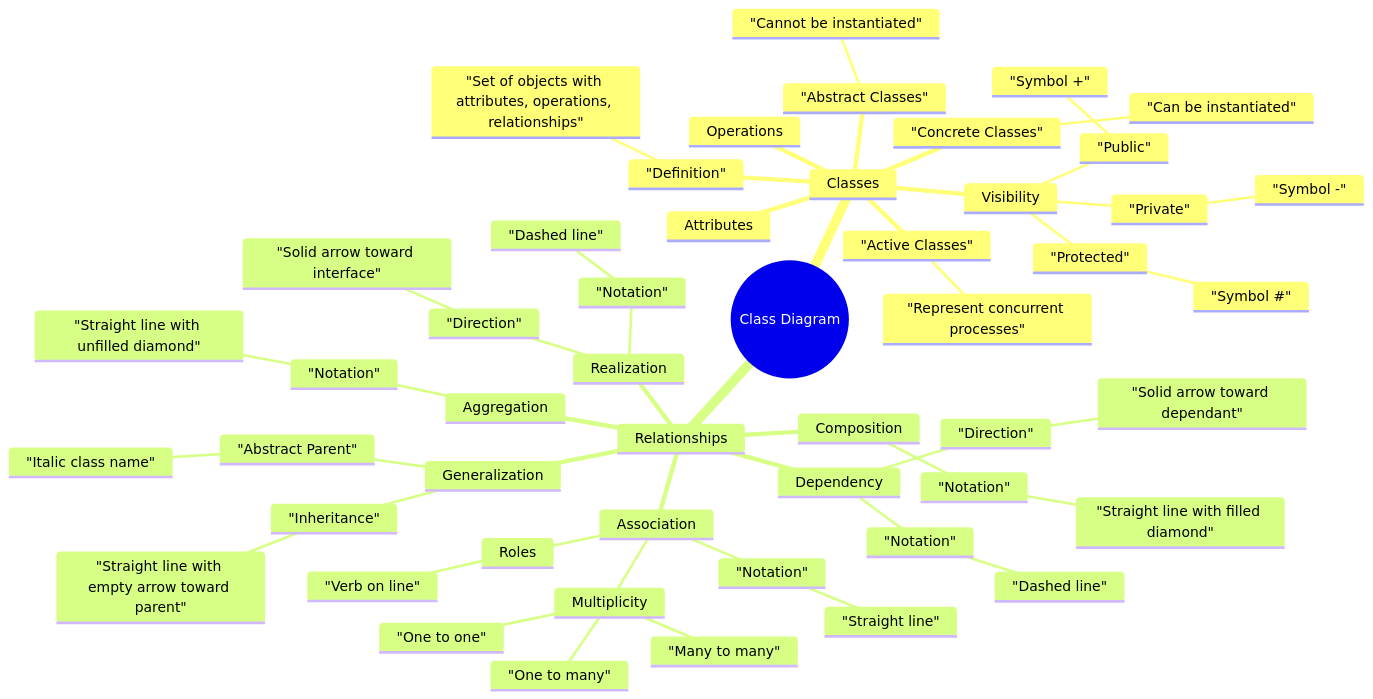
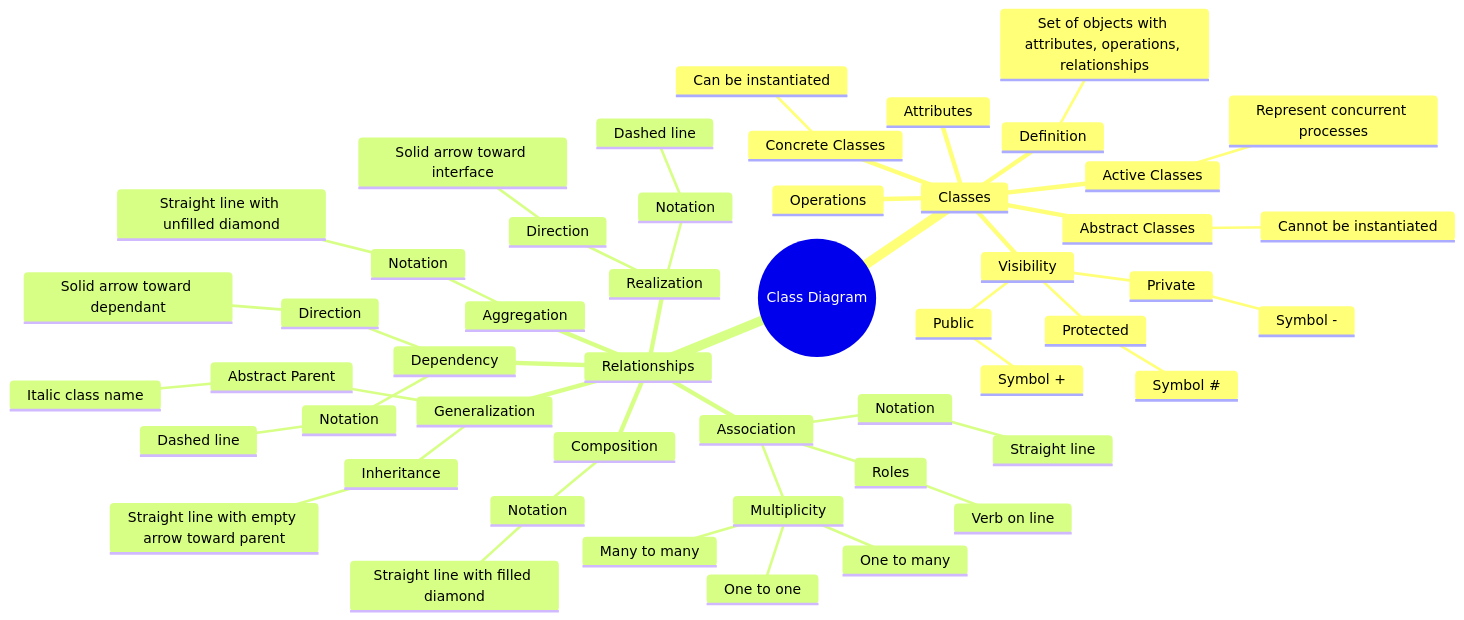
One commit to Frozen-Potato/WhateverTheFuckThisIs changed the diagram in Additional stuffs/Day 5/AccompaniedTheory.md. Above: the diagram before and after it, drawn with Mermaid.

Commit message:
remove unneeded parentasis

````diff
--- a/Additional stuffs/Day 5/AccompaniedTheory.md
+++ b/Additional stuffs/Day 5/AccompaniedTheory.md
@@ -3,53 +3,53 @@
 ```mermaid
 mindmap
   root((Class Diagram))
     Classes
-      "Definition"
-        "Set of objects with attributes, operations, relationships"
+      Definition
+        Set of objects with attributes, operations, relationships
       Attributes
       Operations
       Visibility
-        "Public"
-          "Symbol +"
-        "Private"
-          "Symbol -"
-        "Protected"
-          "Symbol #"
-      "Abstract Classes"
-        "Cannot be instantiated"
-      "Concrete Classes"
-        "Can be instantiated"
-      "Active Classes"
-        "Represent concurrent processes"
+        Public
+          Symbol +
+        Private
+          Symbol -
+        Protected
+          Symbol #
+      Abstract Classes
+        Cannot be instantiated
+      Concrete Classes
+        Can be instantiated
+      Active Classes
+        Represent concurrent processes
     Relationships
       Association
-        "Notation"
-          "Straight line"
+        Notation
+          Straight line
         Multiplicity
-          "One to one"
-          "One to many"
-          "Many to many"
+          One to one
+          One to many
+          Many to many
         Roles
-          "Verb on line"
+          Verb on line
       Aggregation
-        "Notation"
-          "Straight line with unfilled diamond"
+        Notation
+          Straight line with unfilled diamond
       Composition
-        "Notation"
-          "Straight line with filled diamond"
+        Notation
+          Straight line with filled diamond
       Generalization
-        "Inheritance"
-          "Straight line with empty arrow toward parent"
-        "Abstract Parent"
-          "Italic class name"
+        Inheritance
+          Straight line with empty arrow toward parent
+        Abstract Parent
+          Italic class name
       Dependency
-        "Notation"
-          "Dashed line"
-        "Direction"
-          "Solid arrow toward dependant"
+        Notation
+          Dashed line
+        Direction
+          Solid arrow toward dependant
       Realization
-        "Notation"
-          "Dashed line"
-        "Direction"
-          "Solid arrow toward interface"
+        Notation
+          Dashed line
+        Direction
+          Solid arrow toward interface
 ```
````
